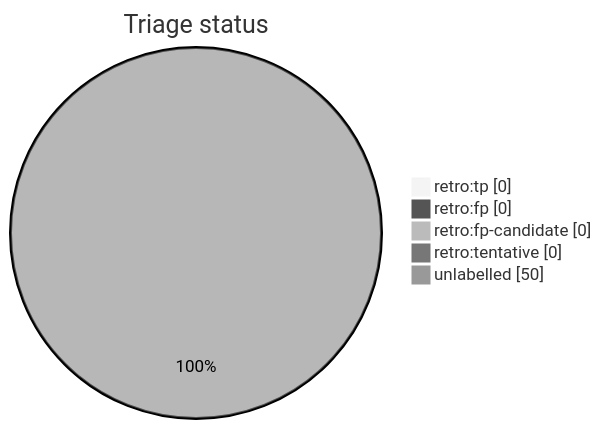
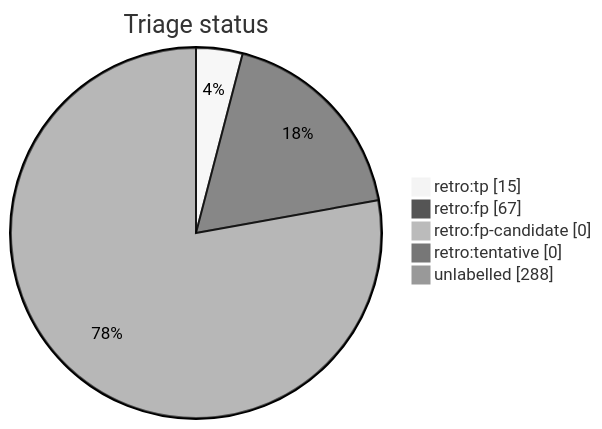
The diagram in docs/generated/scripts/auto-retro-triage-report.md (tvna/claude-md), drawn with Mermaid (neutral theme) before and after one commit. The commit also changed other lines of this file, not shown here.

First line of the commit message:
chore(auto-retro): refresh triage report

````diff
--- a/docs/generated/scripts/auto-retro-triage-report.md
+++ b/docs/generated/scripts/auto-retro-triage-report.md
@@ -15,9 +15,9 @@
 ```mermaid
 pie showData
     title Triage status
-    "retro:tp" : 0
-    "retro:fp" : 0
+    "retro:tp" : 15
+    "retro:fp" : 67
     "retro:fp-candidate" : 0
     "retro:tentative" : 0
-    "unlabelled" : 50
+    "unlabelled" : 288
 ```
````
